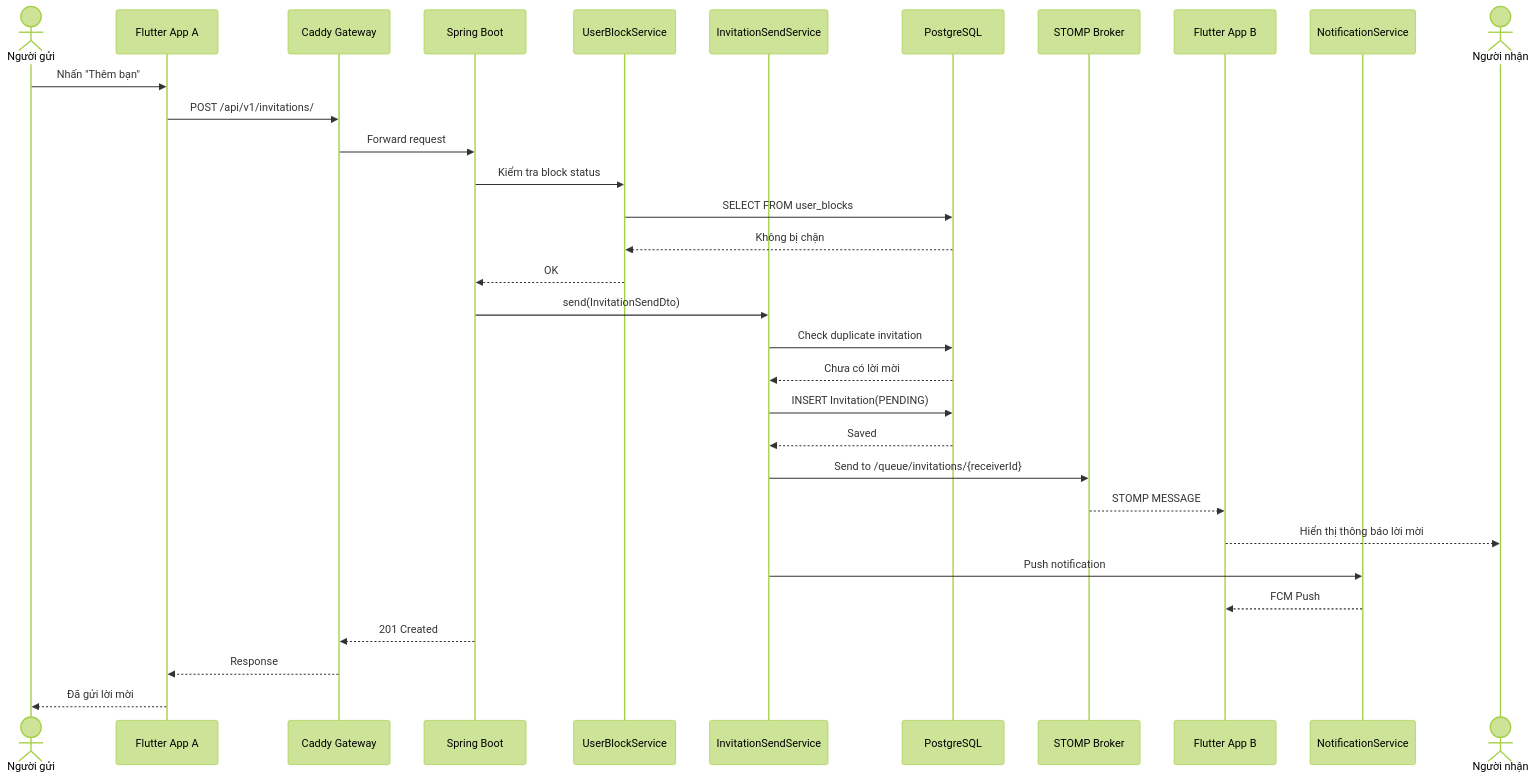
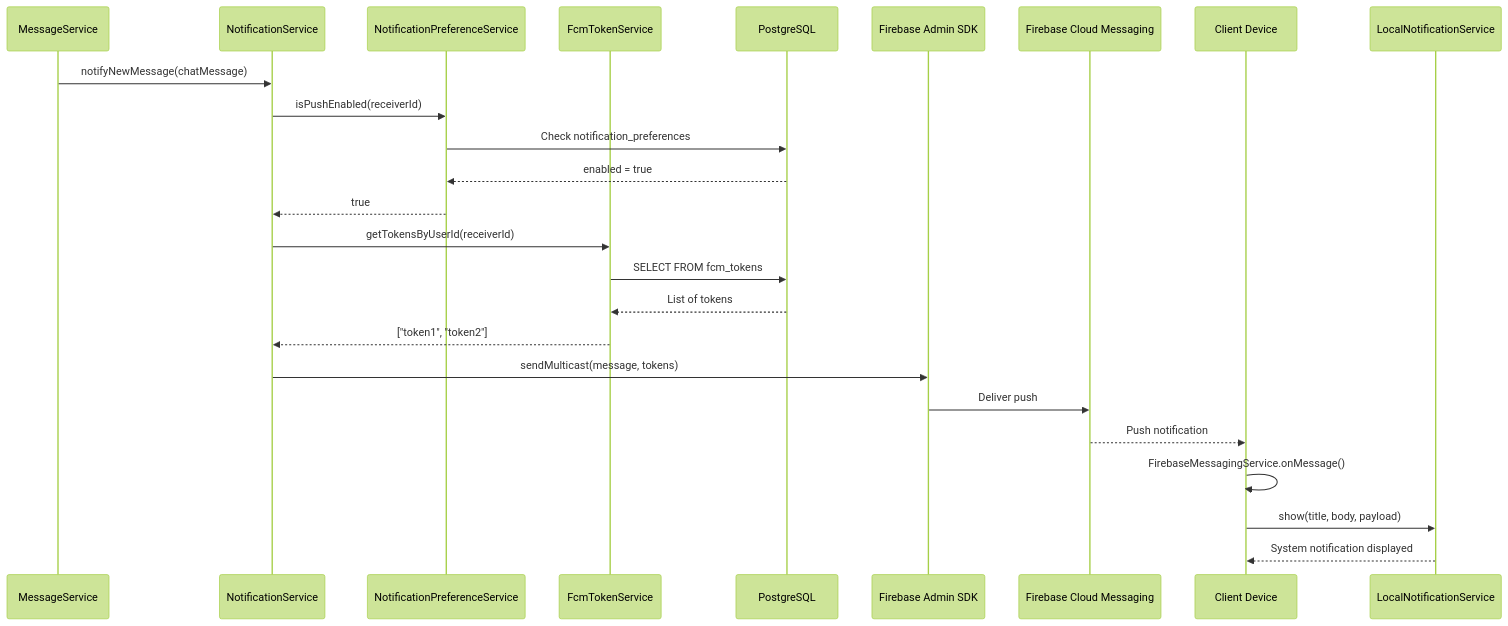
Before and after one commit to HiepNguyen284/chatapp: the sixth of 11 diagrams in bao_cao_thanh_vien_1.md, drawn with Mermaid (forest theme). The commit also changed other lines of this file and 4473 other files, not shown here.

````diff
--- a/bao_cao_thanh_vien_1.md
+++ b/bao_cao_thanh_vien_1.md
@@ -817,35 +623,28 @@
 ```mermaid
 sequenceDiagram
-    actor UserA as Người gửi
-    participant AppA as Flutter App A
-    participant API as Caddy Gateway
-    participant SB as Spring Boot
-    participant BlockSvc as UserBlockService
-    participant InvSvc as InvitationSendService
+    participant MsgSvc as MessageService
+    participant NotifSvc as NotificationService
+    participant PrefSvc as NotificationPreferenceService
+    participant FcmSvc as FcmTokenService
     participant DB as PostgreSQL
-    participant STOMP as STOMP Broker
-    participant AppB as Flutter App B
-    participant Notify as NotificationService
-    actor UserB as Người nhận
+    participant Firebase as Firebase Admin SDK
+    participant FCM as Firebase Cloud Messaging
+    participant Device as Client Device
+    participant LocalNotif as LocalNotificationService
 
-    UserA->>AppA: Nhấn "Thêm bạn"
-    AppA->>API: POST /api/v1/invitations/
-    API->>SB: Forward request
-    SB->>BlockSvc: Kiểm tra block status
-    BlockSvc->>DB: SELECT FROM user_blocks
-    DB-->>BlockSvc: Không bị chặn
-    BlockSvc-->>SB: OK
-    SB->>InvSvc: send(InvitationSendDto)
-    InvSvc->>DB: Check duplicate invitation
-    DB-->>InvSvc: Chưa có lời mời
-    InvSvc->>DB: INSERT Invitation(PENDING)
-    DB-->>InvSvc: Saved
-    InvSvc->>STOMP: Send to /queue/invitations/{receiverId}
-    STOMP-->>AppB: STOMP MESSAGE
-    AppB-->>UserB: Hiển thị thông báo lời mời
-    InvSvc->>Notify: Push notification
-    Notify-->>AppB: FCM Push
-    SB-->>API: 201 Created
-    API-->>AppA: Response
-    AppA-->>UserA: Đã gửi lời mời
+    MsgSvc->>NotifSvc: notifyNewMessage(chatMessage)
+    NotifSvc->>PrefSvc: isPushEnabled(receiverId)
+    PrefSvc->>DB: Check notification_preferences
+    DB-->>PrefSvc: enabled = true
+    PrefSvc-->>NotifSvc: true
+    NotifSvc->>FcmSvc: getTokensByUserId(receiverId)
+    FcmSvc->>DB: SELECT FROM fcm_tokens
+    DB-->>FcmSvc: List of tokens
+    FcmSvc-->>NotifSvc: ["token1", "token2"]
+    NotifSvc->>Firebase: sendMulticast(message, tokens)
+    Firebase->>FCM: Deliver push
+    FCM-->>Device: Push notification
+    Device->>Device: FirebaseMessagingService.onMessage()
+    Device->>LocalNotif: show(title, body, payload)
+    LocalNotif-->>Device: System notification displayed
 ```
````
